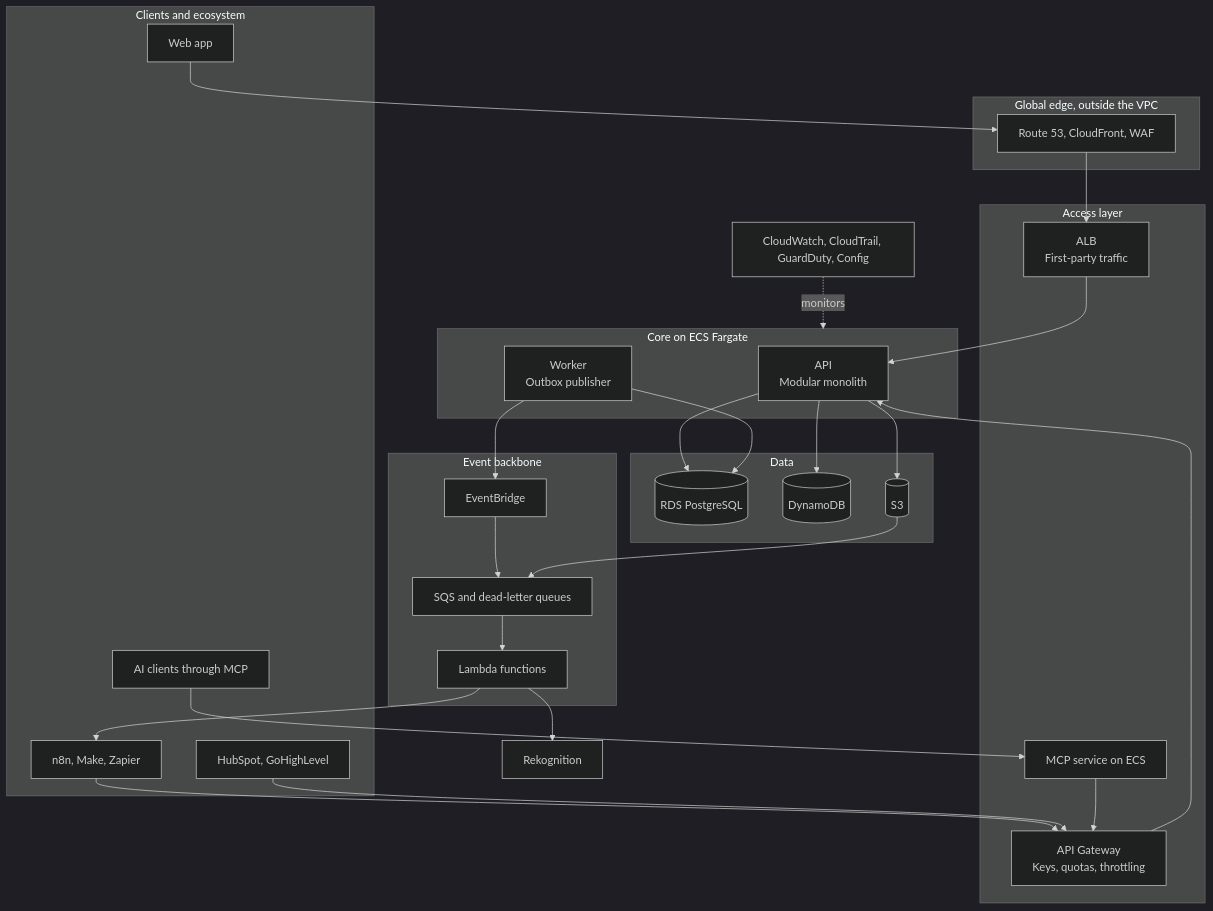
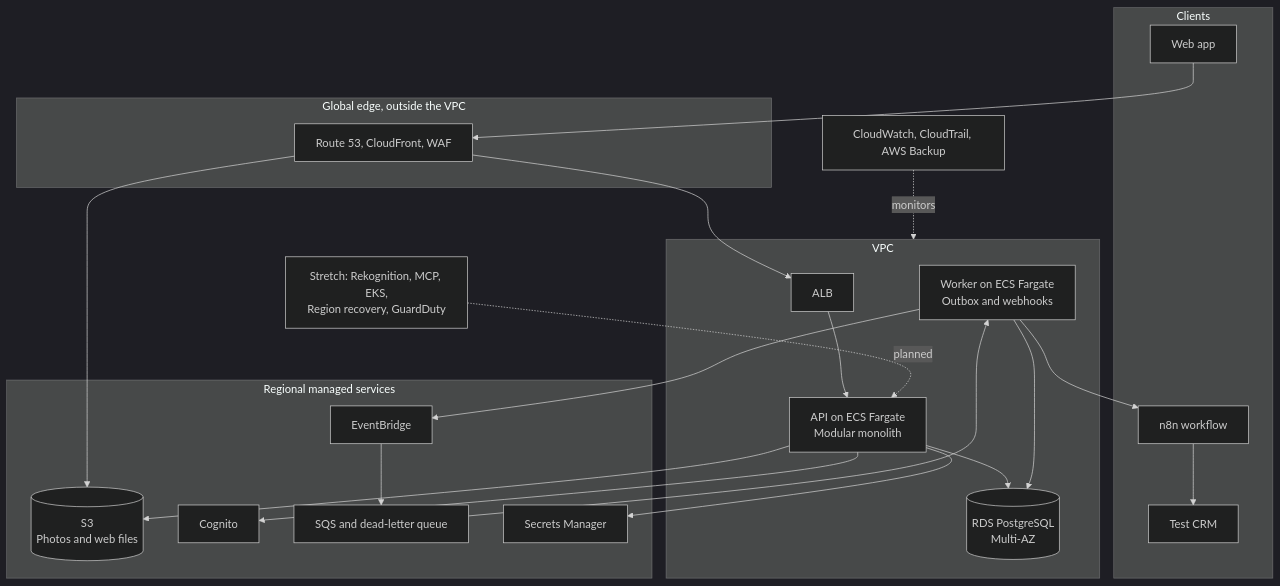
One commit to Zerubabel-J/tracehome-platform changed the second of 9 diagrams in ARCHITECTURE.md. Above: the diagram before and after it, drawn with Mermaid (dark theme). The commit also changed other lines of this file and 2 other files, not shown here.

````diff
--- a/ARCHITECTURE.md
+++ b/ARCHITECTURE.md
@@ -28,54 +87,43 @@
 ```mermaid
 flowchart TB
-    subgraph clients["Clients and ecosystem"]
+    subgraph clients["Clients"]
         web["Web app"]
-        ai["AI clients through MCP"]
-        auto["n8n, Make, Zapier"]
-        crm["HubSpot, GoHighLevel"]
+        n8n["n8n workflow"]
+        crm["Test CRM"]
     end
 
     subgraph edge["Global edge, outside the VPC"]
         cf["Route 53, CloudFront, WAF"]
     end
 
-    subgraph access["Access layer"]
-        alb["ALB<br/>First-party traffic"]
-        apigw["API Gateway<br/>Keys, quotas, throttling"]
-        mcp["MCP service on ECS"]
+    subgraph vpc["VPC"]
+        alb["ALB"]
+        api["API on ECS Fargate<br/>Modular monolith"]
+        worker["Worker on ECS Fargate<br/>Outbox and webhooks"]
+        rds[("RDS PostgreSQL<br/>Multi-AZ")]
     end
 
-    subgraph core["Core on ECS Fargate"]
-        api["API<br/>Modular monolith"]
-        worker["Worker<br/>Outbox publisher"]
+    subgraph managed["Regional managed services"]
+        s3[("S3<br/>Photos and web files")]
+        cognito["Cognito"]
+        bus["EventBridge"]
+        queue["SQS and dead-letter queue"]
+        secrets["Secrets Manager"]
     end
 
-    subgraph data["Data"]
-        rds[("RDS PostgreSQL")]
-        ddb[("DynamoDB")]
-        s3[("S3")]
-    end
-
-    subgraph events["Event backbone"]
-        bus["EventBridge"]
-        queues["SQS and dead-letter queues"]
-        fns["Lambda functions"]
-    end
-
-    rek["Rekognition"]
-    ops["CloudWatch, CloudTrail, GuardDuty, Config"]
+    ops["CloudWatch, CloudTrail, AWS Backup"]
+    stretch["Stretch: Rekognition, MCP, EKS,<br/>Region recovery, GuardDuty"]
 
     web --> cf
     cf --> alb --> api
-    auto --> apigw
-    crm --> apigw
-    ai --> mcp --> apigw --> api
+    cf --> s3
     api --> rds
-    api --> ddb
+    api --> cognito
     api --> s3
     worker --> rds
-    worker --> bus --> queues --> fns
-    s3 --> queues
-    fns --> rek
-    fns --> auto
-    ops -. monitors .-> core
+    worker --> bus --> queue --> worker
+    worker --> n8n --> crm
+    api --> secrets
+    ops -. monitors .-> vpc
+    stretch -. "planned" .-> api
 ```
````
